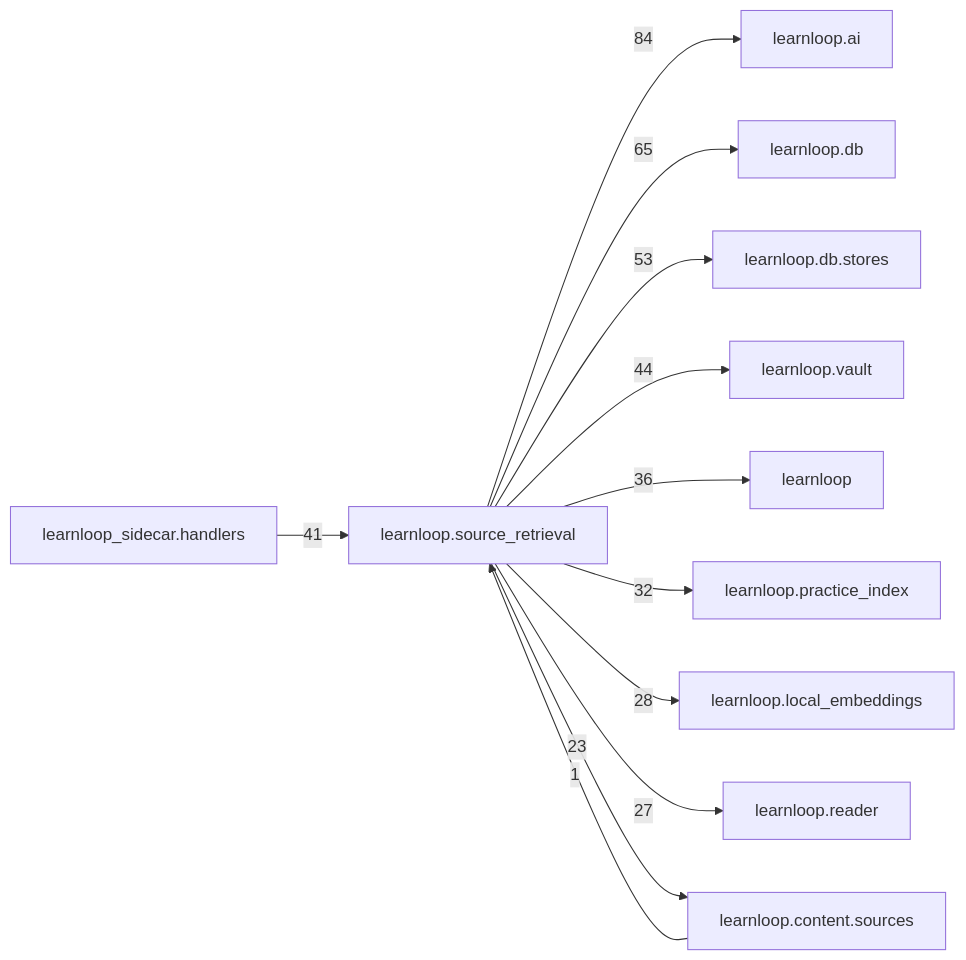
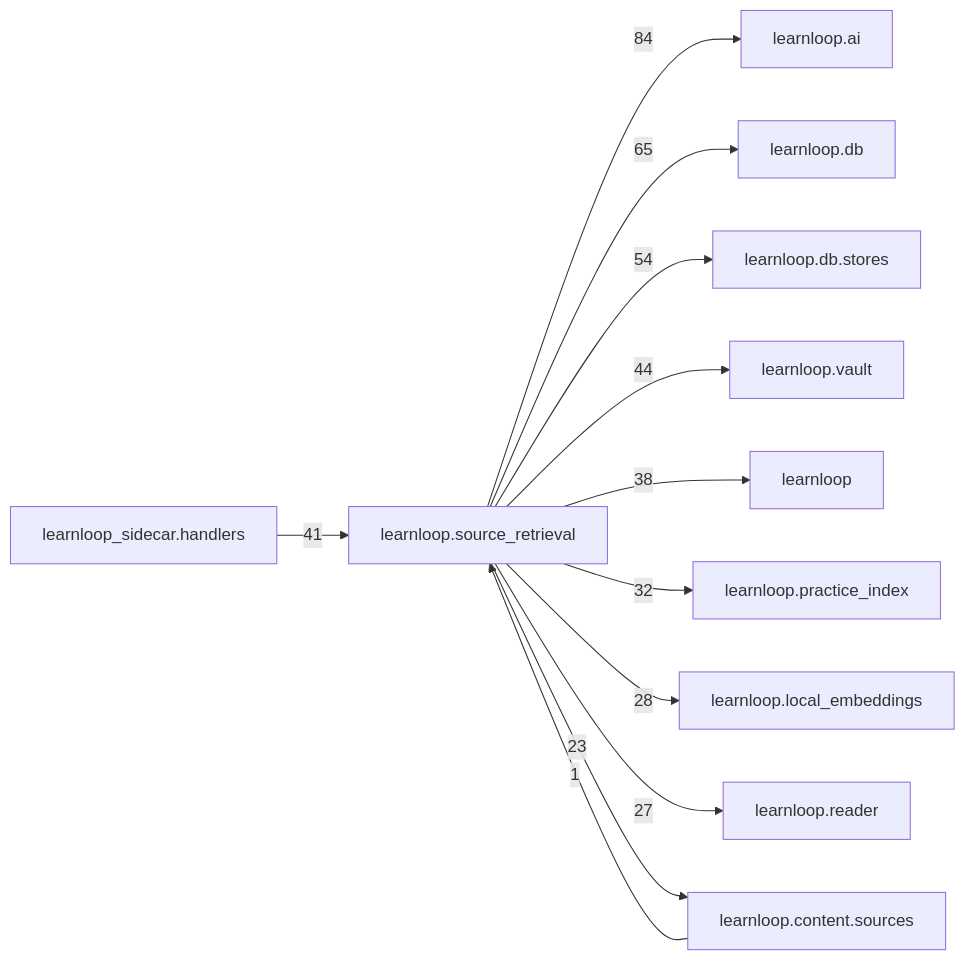
The diagram in docs/learnloop-architecture-vault/Reference/Modules/learnloop/source_retrieval/_package.md (6up-b/learnanything), drawn with Mermaid before and after one commit. The commit also changed other lines of this file and 48 other files, not shown here.

````diff
--- a/docs/learnloop-architecture-vault/Reference/Modules/learnloop/source_retrieval/_package.md
+++ b/docs/learnloop-architecture-vault/Reference/Modules/learnloop/source_retrieval/_package.md
@@ -183,25 +183,25 @@
 ```mermaid
 flowchart LR
     center["learnloop.source_retrieval"]
     n_learnloop_ai["learnloop.ai"]
     n_learnloop_db["learnloop.db"]
     n_learnloop_db_stores["learnloop.db.stores"]
     n_learnloop_vault["learnloop.vault"]
     n_learnloop_sidecar_handlers["learnloop_sidecar.handlers"]
     n_learnloop["learnloop"]
     n_learnloop_practice_index["learnloop.practice_index"]
     n_learnloop_local_embeddings["learnloop.local_embeddings"]
     n_learnloop_reader["learnloop.reader"]
     n_learnloop_content_sources["learnloop.content.sources"]
     center -->|84| n_learnloop_ai
     center -->|65| n_learnloop_db
-    center -->|53| n_learnloop_db_stores
+    center -->|54| n_learnloop_db_stores
     center -->|44| n_learnloop_vault
     n_learnloop_sidecar_handlers -->|41| center
-    center -->|36| n_learnloop
+    center -->|38| n_learnloop
     center -->|32| n_learnloop_practice_index
     center -->|28| n_learnloop_local_embeddings
     center -->|27| n_learnloop_reader
     n_learnloop_content_sources -->|1| center
     center -->|23| n_learnloop_content_sources
 ```
````
